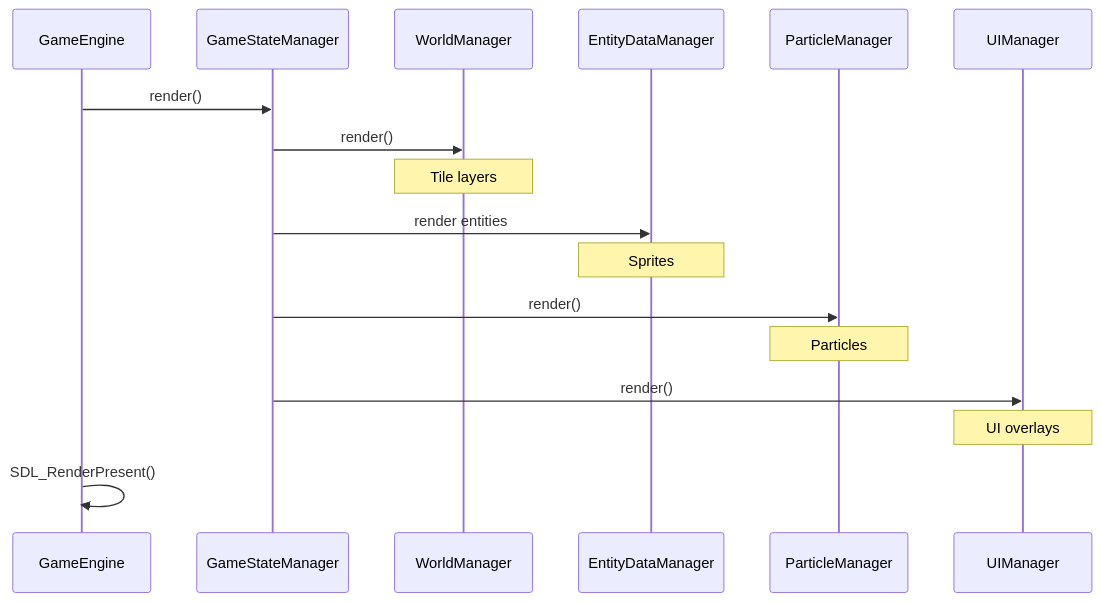
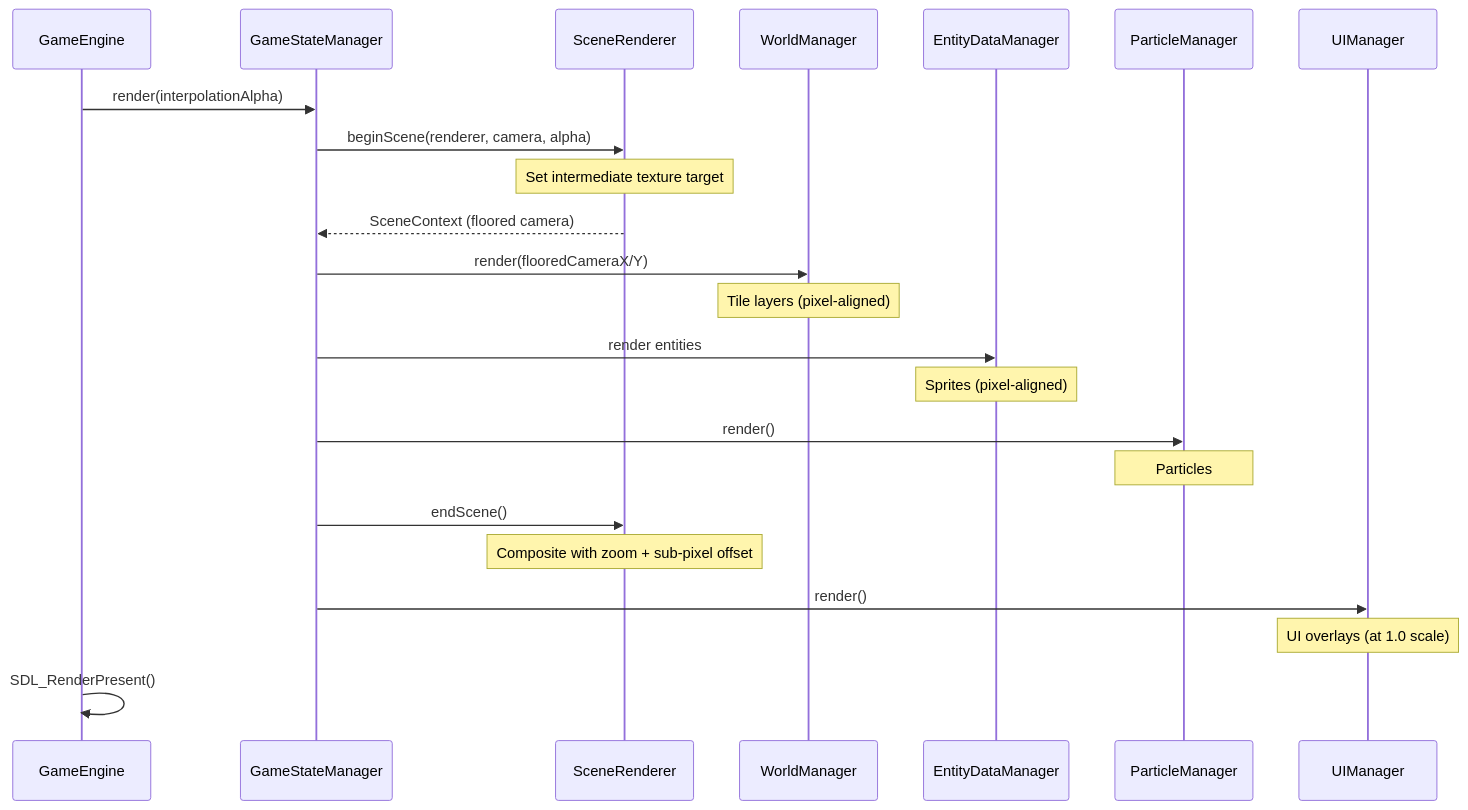
The fourth of 12 diagrams in docs/ARCHITECTURE.md (Ronin15/SDL3_HammerEngine_Template), drawn with Mermaid before and after one commit. The commit also changed other lines of this file and 12 other files, not shown here.

````diff
--- a/docs/ARCHITECTURE.md
+++ b/docs/ARCHITECTURE.md
@@ -172,24 +172,32 @@
 ```mermaid
 sequenceDiagram
     participant GE as GameEngine
     participant GSM as GameStateManager
+    participant SR as SceneRenderer
     participant WM as WorldManager
     participant EDM as EntityDataManager
     participant PART as ParticleManager
     participant UIM as UIManager
 
-    GE->>GSM: render()
-    GSM->>WM: render()
-    Note over WM: Tile layers
+    GE->>GSM: render(interpolationAlpha)
+    GSM->>SR: beginScene(renderer, camera, alpha)
+    Note over SR: Set intermediate texture target
+    SR-->>GSM: SceneContext (floored camera)
+
+    GSM->>WM: render(flooredCameraX/Y)
+    Note over WM: Tile layers (pixel-aligned)
 
     GSM->>EDM: render entities
-    Note over EDM: Sprites
+    Note over EDM: Sprites (pixel-aligned)
 
     GSM->>PART: render()
     Note over PART: Particles
 
+    GSM->>SR: endScene()
+    Note over SR: Composite with zoom + sub-pixel offset
+
     GSM->>UIM: render()
-    Note over UIM: UI overlays
+    Note over UIM: UI overlays (at 1.0 scale)
 
     GE->>GE: SDL_RenderPresent()
 ```
````
